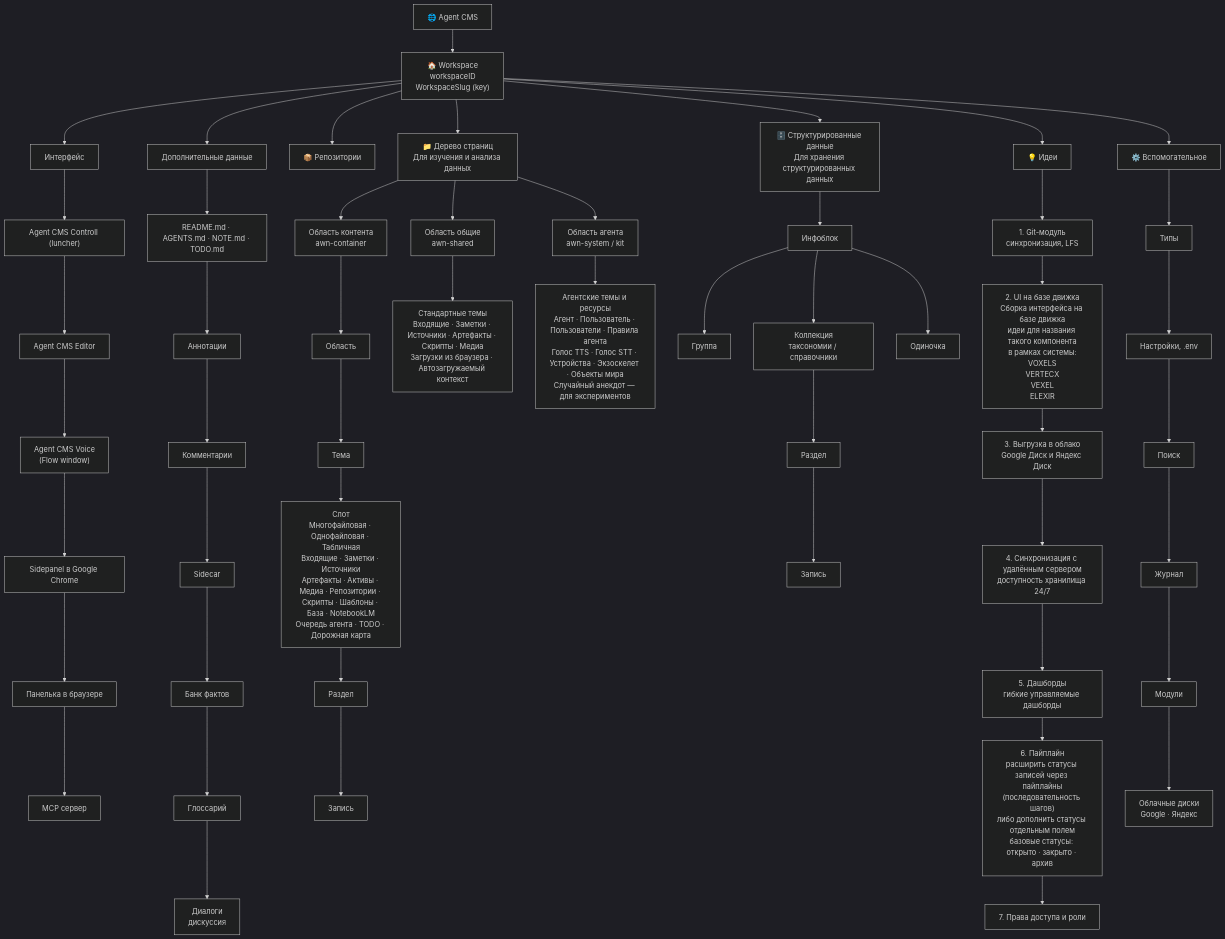
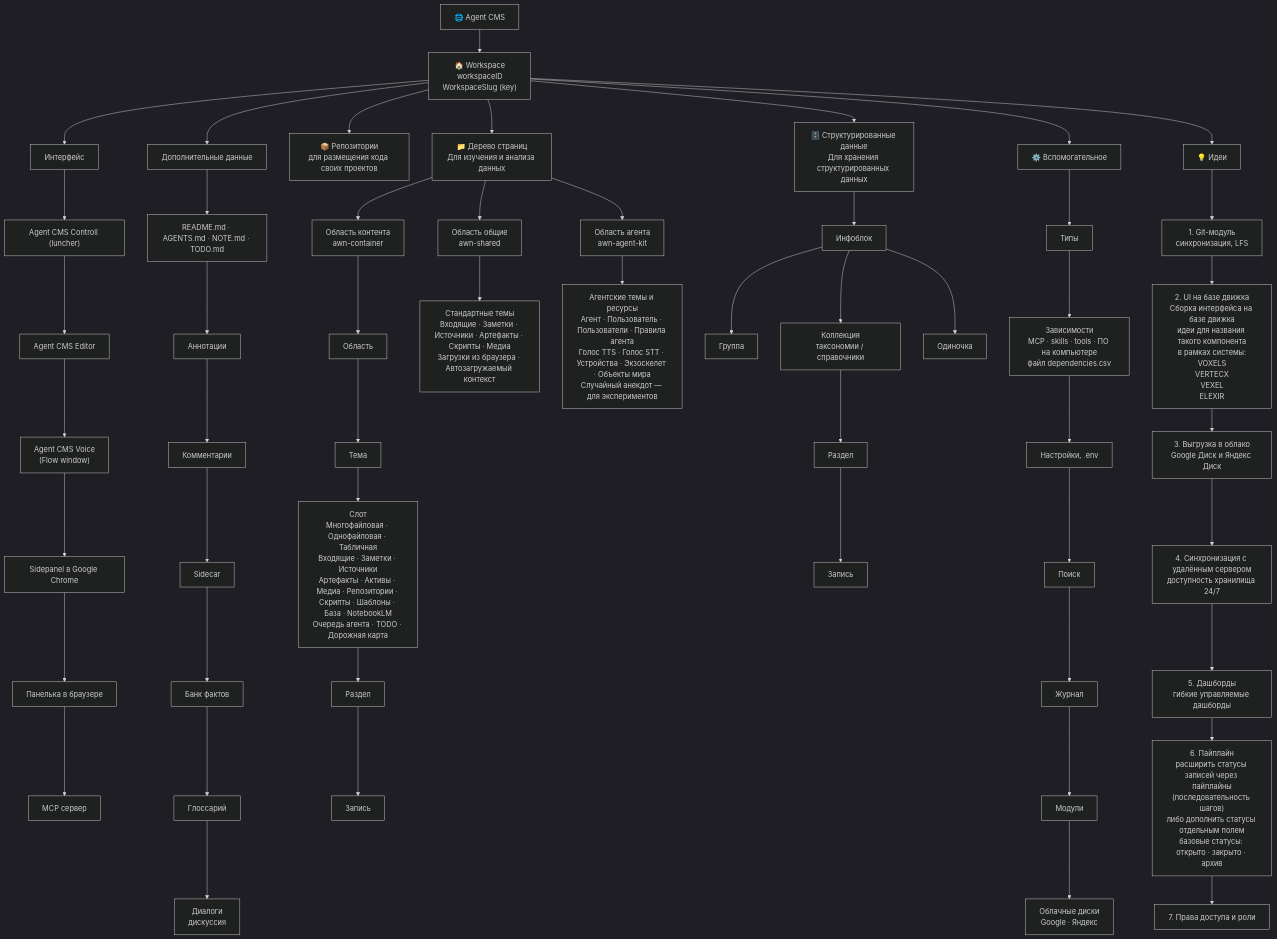
The diagram in README.diagram.md (iv-litovchenko/AgentCMS), drawn with Mermaid (dark theme) before and after one commit.

Commit message:
Update README.diagram.md to clarify repository descriptions and enhance flowchart structure
- Revised the REPOS node to provide a more detailed description for project code repositories.
- Updated the AGENT_AREA node to reflect the correct naming convention for the agent kit.
- Added a new AUX_DEPS node to specify dependencies related to the auxiliary section, improving overall clarity.

````diff
--- a/README.diagram.md
+++ b/README.diagram.md
@@ -3,67 +3,68 @@
 ```mermaid
 flowchart TD
     CMS["🌐 Agent CMS"]
     WS["🏠 Workspace<br/>workspaceID<br/>WorkspaceSlug (key)"]
 
     CMS --> WS
     WS --> TREE["📁 Дерево страниц<br/>Для изучения и анализа данных"]
     WS --> DATA["🗄️ Структурированные данные<br/>Для хранения структурированных данных"]
-    WS --> REPOS["📦 Репозитории"]
+    WS --> REPOS["📦 Репозитории<br/>для размещения кода своих проектов"]
     WS --> EXTRA_DATA["Дополнительные данные"]
     WS --> UI["Интерфейс"]
     WS --> AUX["⚙️ Вспомогательное"]
     WS --> IDEAS["💡 Идеи"]
 
     UI --> UI_CONTROL["Agent CMS Controll (luncher)"]
     UI_CONTROL --> UI_EDITOR["Agent CMS Editor"]
     UI_EDITOR --> UI_VOICE["Agent CMS Voice<br/>(Flow window)"]
     UI_VOICE --> UI_SIDEPANEL["Sidepanel в Google Chrome"]
     UI_SIDEPANEL --> UI_PANEL["Панелька в браузере"]
     UI_PANEL --> UI_MCP["MCP сервер"]
 
     IDEAS --> IDEA1["1. Git-модуль<br/>синхронизация, LFS"]
     IDEA1 --> IDEA2["2. UI на базе движка<br/>Сборка интерфейса на базе движка<br/>идеи для названия такого компонента<br/>в рамках системы:<br/>VOXELS<br/>VERTECX<br/>VEXEL<br/>ELEXIR"]
     IDEA2 --> IDEA3["3. Выгрузка в облако<br/>Google Диск и Яндекс Диск"]
     IDEA3 --> IDEA4["4. Синхронизация с удалённым сервером<br/>доступность хранилища 24/7"]
     IDEA4 --> IDEA5["5. Дашборды<br/>гибкие управляемые дашборды"]
     IDEA5 --> IDEA6["6. Пайплайн<br/>расширить статусы записей через пайплайны<br/>(последовательность шагов)<br/>либо дополнить статусы отдельным полем<br/>базовые статусы: открыто · закрыто · архив"]
     IDEA6 --> IDEA7["7. Права доступа и роли"]
 
     TREE --> SHARED_AREA["Область общие<br/>awn-shared"]
     TREE --> CONTENT_AREA["Область контента<br/>awn-container"]
-    TREE --> AGENT_AREA["Область агента<br/>awn-system / kit"]
+    TREE --> AGENT_AREA["Область агента<br/>awn-agent-kit"]
 
     CONTENT_AREA --> C_AREA["Область"]
     C_AREA --> C_TOPIC["Тема"]
     C_TOPIC --> C_SLOT["Слот<br/>Многофайловая · Однофайловая · Табличная<br/>Входящие · Заметки · Источники<br/>Артефакты · Активы · Медиа · Репозитории · Скрипты · Шаблоны · База · NotebookLM<br/>Очередь агента · TODO · Дорожная карта"]
     C_SLOT --> C_SECTION["Раздел"]
     C_SECTION --> C_PAGE["Запись"]
 
     SHARED_AREA --> SHARED_THEMES["Стандартные темы<br/>Входящие · Заметки · Источники · Артефакты · Скрипты · Медиа<br/>Загрузки из браузера · Автозагружаемый контекст"]
 
     AGENT_AREA --> AGENT_SVC["Агентские темы и ресурсы<br/>Агент · Пользователь · Пользователи · Правила агента<br/>Голос TTS · Голос STT · Устройства · Экзоскелет · Объекты мира<br/>Случайный анекдот — для экспериментов"]
 
     DATA --> IBLOCK["Инфоблок"]
     IBLOCK --> GROUP["Группа"]
     IBLOCK --> COLLECTION["Коллекция<br/>таксономии / справочники"]
     IBLOCK --> SINGLE["Одиночка"]
     COLLECTION --> DATA_SECTION["Раздел"]
     DATA_SECTION --> RECORD["Запись"]
 
     EXTRA_DATA --> BOARD["README.md · AGENTS.md · NOTE.md · TODO.md"]
     BOARD --> ANNOT["Аннотации"]
     ANNOT --> ANNOT_COMMENTS["Комментарии"]
     ANNOT_COMMENTS --> ANNOT_SIDECAR["Sidecar"]
     ANNOT_SIDECAR --> FACT_BANK["Банк фактов"]
     FACT_BANK --> GLOSSARY["Глоссарий"]
     GLOSSARY --> EXTRA_DIALOGS["Диалоги<br/>дискуссия"]
 
     AUX --> AUX_TYPES["Типы"]
-    AUX_TYPES --> SETTINGS["Настройки, .env"]
+    AUX_TYPES --> AUX_DEPS["Зависимости<br/>MCP · skills · tools · ПО на компьютере<br/>файл dependencies.csv"]
+    AUX_DEPS --> SETTINGS["Настройки, .env"]
     SETTINGS --> SEARCH["Поиск"]
     SEARCH --> AUX_JOURNAL["Журнал"]
     AUX_JOURNAL --> MODULES["Модули"]
     MODULES --> CLOUD_DISKS["Облачные диски<br/>Google · Яндекс"]
 
     click CMS href "https://agent-cms.ru/" "Открыть сайт Agent CMS"
 ```
````
